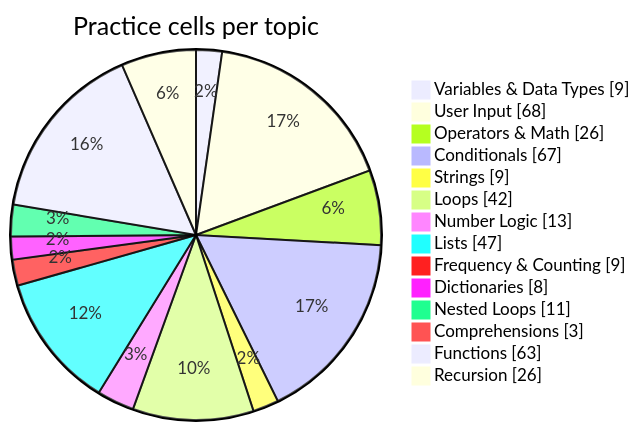
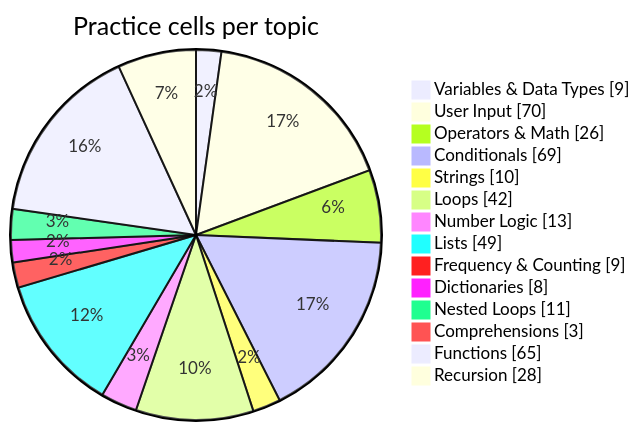
Before and after one commit to Phantom2101/Python-Daily-Practice: the diagram in README.md, drawn with Mermaid. The commit also changed other lines of this file and 1 other file, not shown here.

````diff
--- a/README.md
+++ b/README.md
@@ -126,17 +126,17 @@
 ```mermaid
 pie showData title Practice cells per topic
     "Variables & Data Types" : 9
-    "User Input" : 68
+    "User Input" : 70
     "Operators & Math" : 26
-    "Conditionals" : 67
-    "Strings" : 9
+    "Conditionals" : 69
+    "Strings" : 10
     "Loops" : 42
     "Number Logic" : 13
-    "Lists" : 47
+    "Lists" : 49
     "Frequency & Counting" : 9
     "Dictionaries" : 8
     "Nested Loops" : 11
     "Comprehensions" : 3
-    "Functions" : 63
-    "Recursion" : 26
+    "Functions" : 65
+    "Recursion" : 28
 ```
````
